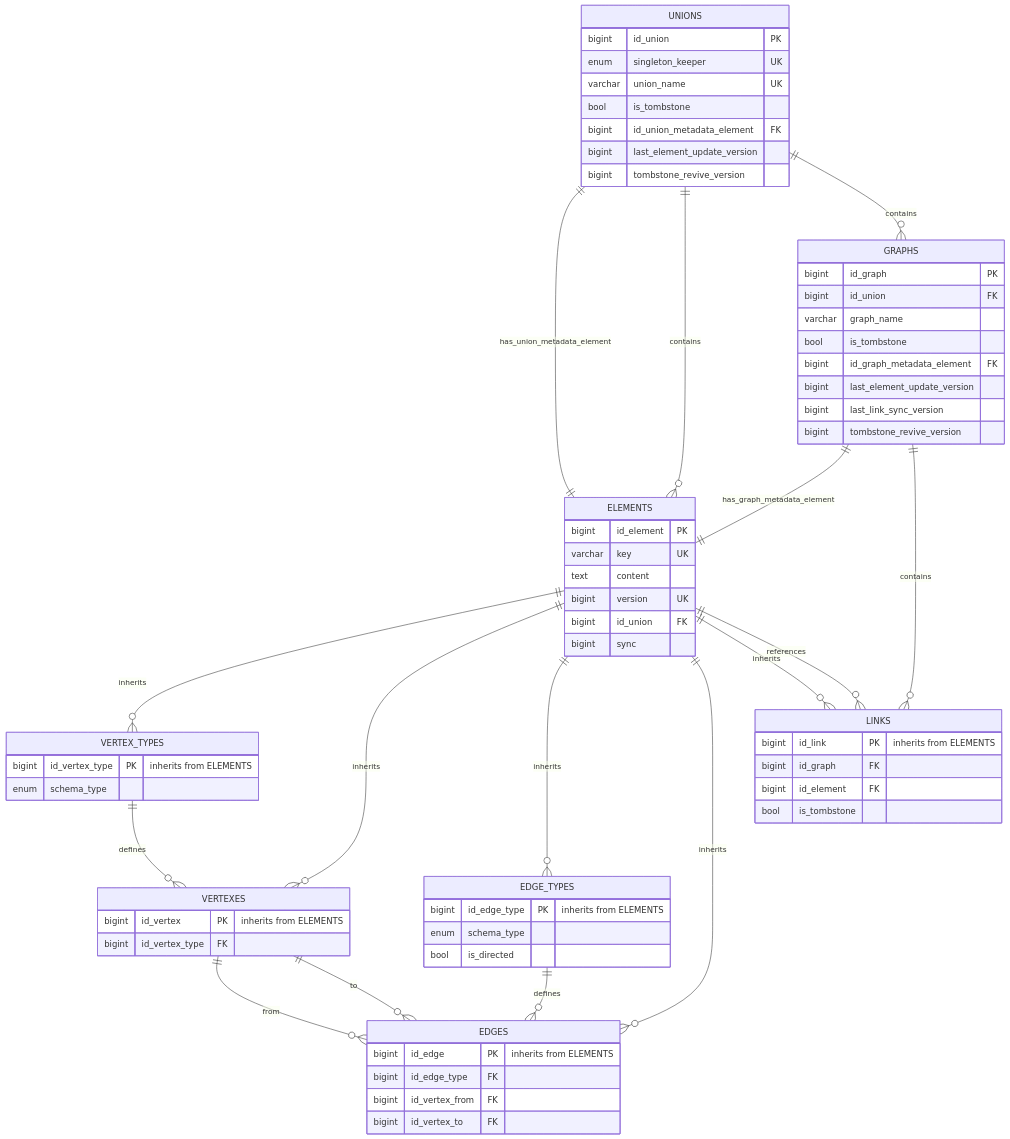
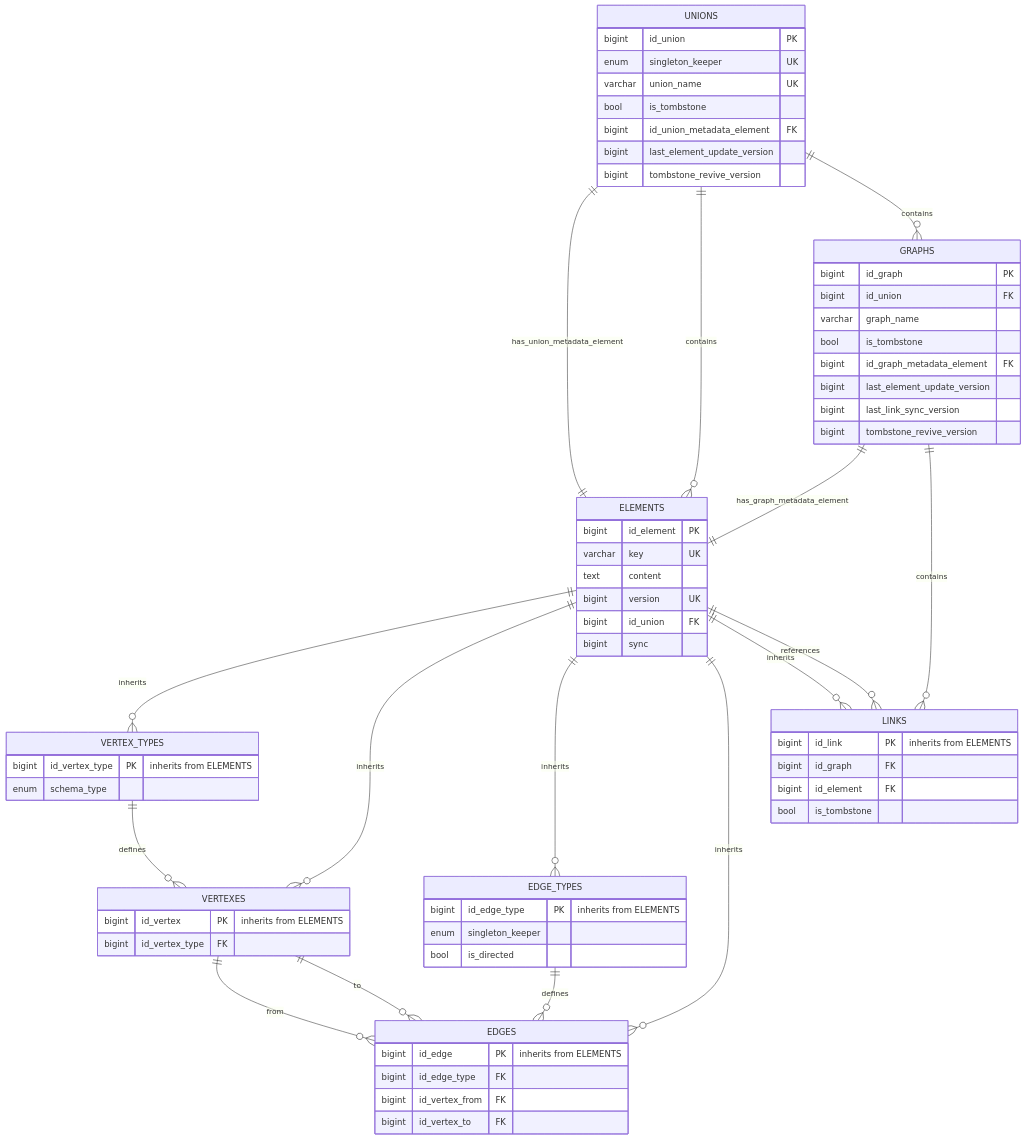
One commit to flower-org/ViUn changed the diagram in ViUn source DB.md. Above: the diagram before and after it, drawn with Mermaid.

Commit message:
Update ViUn source DB.md

````diff
--- a/ViUn source DB.md
+++ b/ViUn source DB.md
@@ -8,77 +8,77 @@
 ```mermaid
 erDiagram
     UNIONS ||--|| ELEMENTS : "has_union_metadata_element"
     UNIONS ||--o{ ELEMENTS : contains
     UNIONS ||--o{ GRAPHS : contains
     UNIONS {
         bigint id_union PK
         enum singleton_keeper UK
         varchar union_name UK
         bool is_tombstone
         bigint id_union_metadata_element FK
         bigint last_element_update_version
         bigint tombstone_revive_version
     }
 
     ELEMENTS ||--o{ VERTEX_TYPES : "inherits"
     ELEMENTS ||--o{ VERTEXES : "inherits"
     ELEMENTS ||--o{ EDGE_TYPES : "inherits"
     ELEMENTS ||--o{ EDGES : "inherits"
     ELEMENTS ||--o{ LINKS : "inherits"
     ELEMENTS ||--o{ LINKS : references
     ELEMENTS {
         bigint id_element PK
         varchar key UK
         text content
         bigint version UK
         bigint id_union FK
         bigint sync
     }
 
     VERTEX_TYPES ||--o{ VERTEXES : "defines"
     VERTEX_TYPES {
         bigint id_vertex_type PK "inherits from ELEMENTS"
         enum schema_type
     }
 
     VERTEXES ||--o{ EDGES : "from"
     VERTEXES ||--o{ EDGES : "to"
     VERTEXES {
         bigint id_vertex PK "inherits from ELEMENTS"
         bigint id_vertex_type FK
     }
 
     EDGE_TYPES {
         bigint id_edge_type PK "inherits from ELEMENTS"
-        enum schema_type
+        enum singleton_keeper
         bool is_directed
     }
 
     EDGE_TYPES ||--o{ EDGES : "defines"
     EDGES {
         bigint id_edge PK "inherits from ELEMENTS"
         bigint id_edge_type FK
         bigint id_vertex_from FK
         bigint id_vertex_to FK
     }
 
     GRAPHS ||--|| ELEMENTS : "has_graph_metadata_element"
     GRAPHS ||--o{ LINKS : contains
     GRAPHS {
         bigint id_graph PK
         bigint id_union FK
         varchar graph_name
         bool is_tombstone
         bigint id_graph_metadata_element FK
         bigint last_element_update_version
         bigint last_link_sync_version
         bigint tombstone_revive_version
     }
 
     LINKS {
         bigint id_link PK "inherits from ELEMENTS"
         bigint id_graph FK
         bigint id_element FK
         bool is_tombstone
     }
 ```
````
